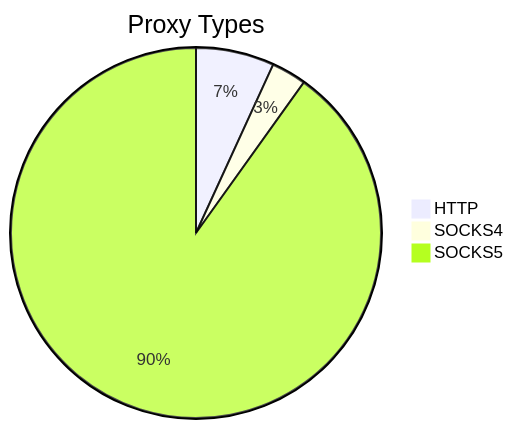
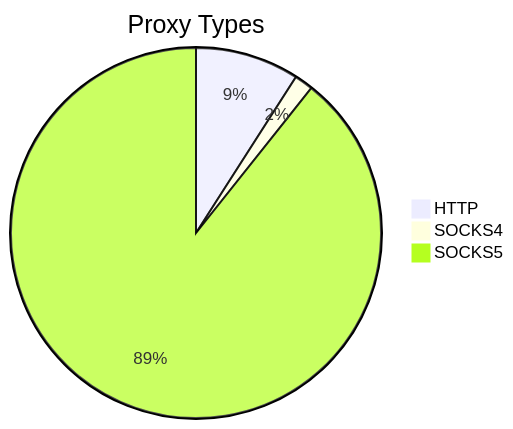
The first of 2 diagrams in README.md (stormsia/proxy-list), drawn with Mermaid before and after one commit. The commit also changed other lines of this file, not shown here.

````diff
--- a/README.md
+++ b/README.md
@@ -21,6 +21,6 @@
 ```mermaid
 pie title Proxy Types
-    "HTTP" : 121
-    "SOCKS4" : 54
-    "SOCKS5" : 1595
+    "HTTP" : 122
+    "SOCKS4" : 22
+    "SOCKS5" : 1202
 ```
````
